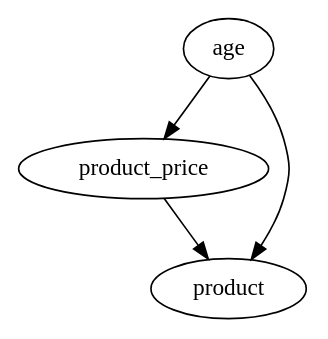
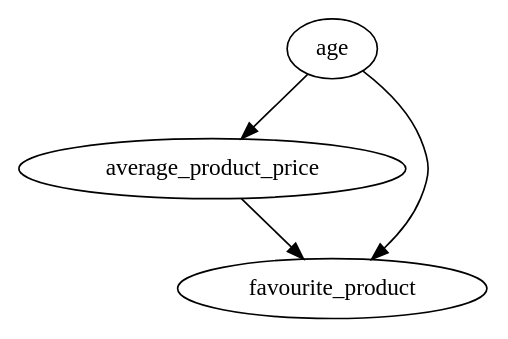
One commit to cognitivelogic/databake-docs changed the third of 3 diagrams in docs/source/insights.rst. Above: the diagram before and after it, drawn with Graphviz. The commit also changed other lines of this file and 12 other files, not shown here.

```diff
--- a/docs/source/insights.rst
+++ b/docs/source/insights.rst
@@ -4,4 +46,4 @@
- .. digraph:: columns
+ .. digraph:: connected_columns
     
-    "age" -> "product_price" -> "product"
-    "age" -> "product"
+    "age" -> "average_product_price" -> "favourite_product"
+    "age" -> "favourite_product"
```
